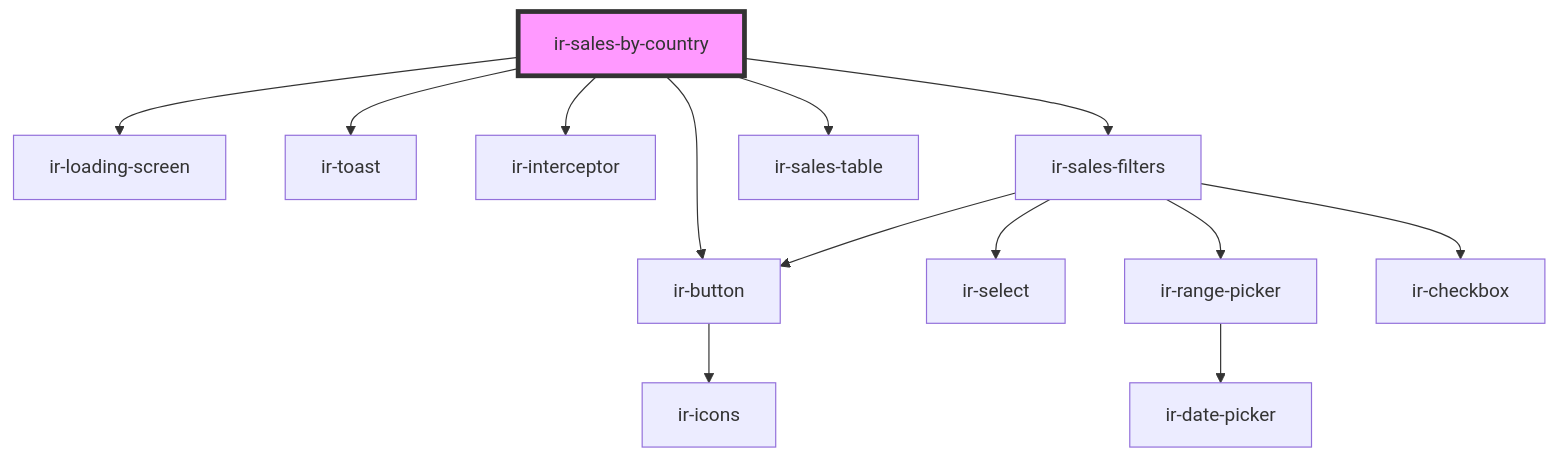
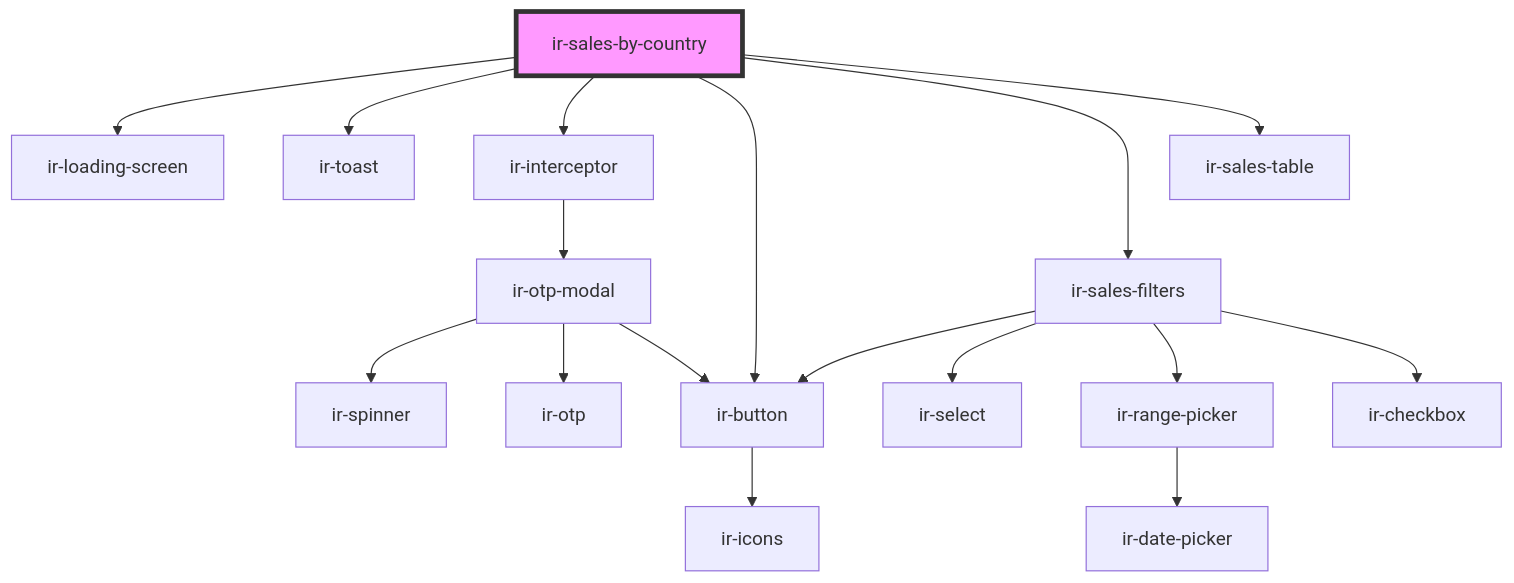
Before and after one commit to David1Chowaifaty/modified-ir-webcmp: the diagram in src/components/ir-sales-by-country/readme.md, drawn with Mermaid. The commit also changed 28 other files, not shown here.

````diff
--- a/src/components/ir-sales-by-country/readme.md
+++ b/src/components/ir-sales-by-country/readme.md
@@ -30,16 +30,20 @@
 ```mermaid
 graph TD;
   ir-sales-by-country --> ir-loading-screen
   ir-sales-by-country --> ir-toast
   ir-sales-by-country --> ir-interceptor
   ir-sales-by-country --> ir-button
   ir-sales-by-country --> ir-sales-filters
   ir-sales-by-country --> ir-sales-table
+  ir-interceptor --> ir-otp-modal
+  ir-otp-modal --> ir-spinner
+  ir-otp-modal --> ir-otp
+  ir-otp-modal --> ir-button
   ir-button --> ir-icons
   ir-sales-filters --> ir-button
   ir-sales-filters --> ir-select
   ir-sales-filters --> ir-range-picker
   ir-sales-filters --> ir-checkbox
   ir-range-picker --> ir-date-picker
   style ir-sales-by-country fill:#f9f,stroke:#333,stroke-width:4px
 ```
````
